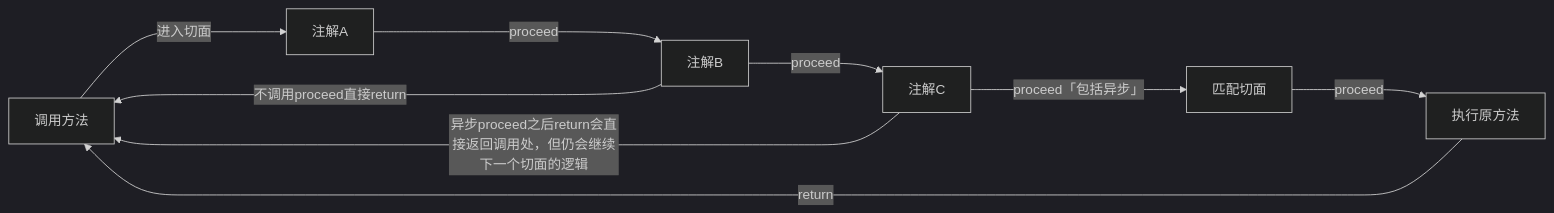
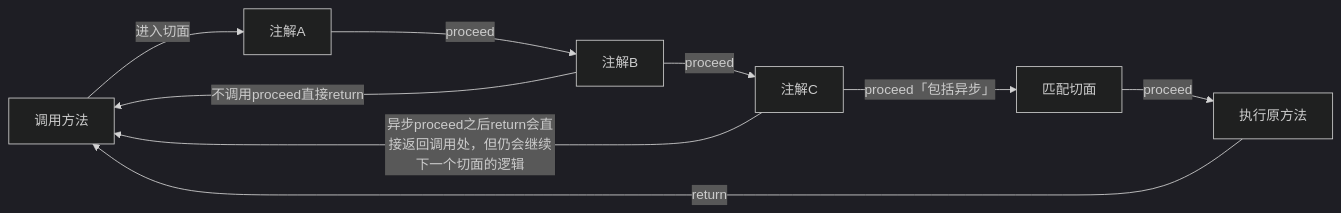
Before and after one commit to FlyJingFish/AndroidAOP: the diagram in docs/zh/ProceedJoinPoint.md, drawn with Mermaid (dark theme). The commit also changed 7 other files, not shown here.

````diff
--- a/docs/zh/ProceedJoinPoint.md
+++ b/docs/zh/ProceedJoinPoint.md
@@ -24,11 +24,11 @@
 ``` mermaid
 graph LR
-X[调用方法] ---> |进入切面| A[注解A];
-A[注解A] ---> |proceed| B[注解B];
-B ---> |proceed| C[注解C];
-B ---> |不调用proceed直接return| X;
-C ---> |异步proceed之后return会直接返回调用处，但仍会继续下一个切面的逻辑| X;
-C ---> |proceed「包括异步」| D[匹配切面];
-D ---> |proceed| E[执行原方法];
-E ---> |return| X;
+X[调用方法] --> |进入切面| A[注解A];
+A[注解A] --> |proceed| B[注解B];
+B --> |proceed| C[注解C];
+B --> |不调用proceed直接return| X;
+C --> |异步proceed之后return会直接返回调用处，但仍会继续下一个切面的逻辑| X;
+C --> |proceed「包括异步」| D[匹配切面];
+D --> |proceed| E[执行原方法];
+E --> |return| X;
 ```
````
